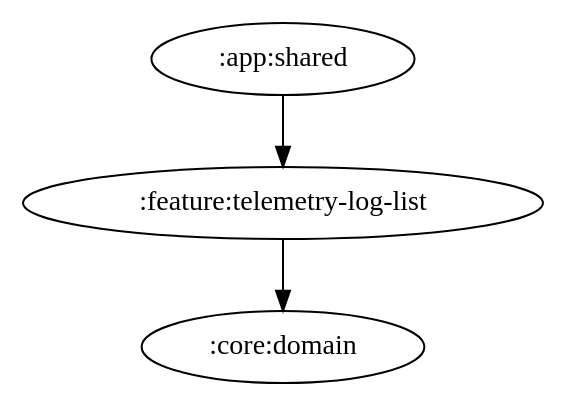
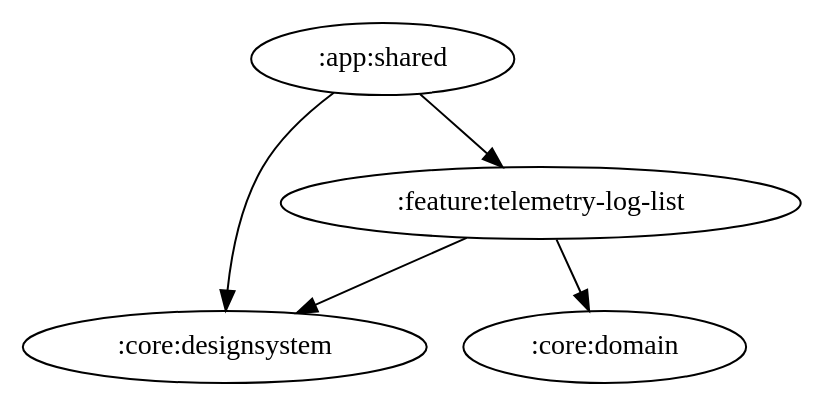
One commit to ai-kurou/KoDriver changed the diagram in docs/graphs/feature-telemetry-log-list.gv. Above: the diagram before and after it, drawn with Graphviz. The commit also changed 37 other files, not shown here.

Commit message:
chore: update module graph images

```diff
--- a/docs/graphs/feature-telemetry-log-list.gv
+++ b/docs/graphs/feature-telemetry-log-list.gv
@@ -1,5 +1,7 @@
 digraph G {
   rankdir=TB
+  ":app:shared" -> ":core:designsystem"
   ":app:shared" -> ":feature:telemetry-log-list"
   ":feature:telemetry-log-list" -> ":core:domain"
+  ":feature:telemetry-log-list" -> ":core:designsystem"
 }
```
